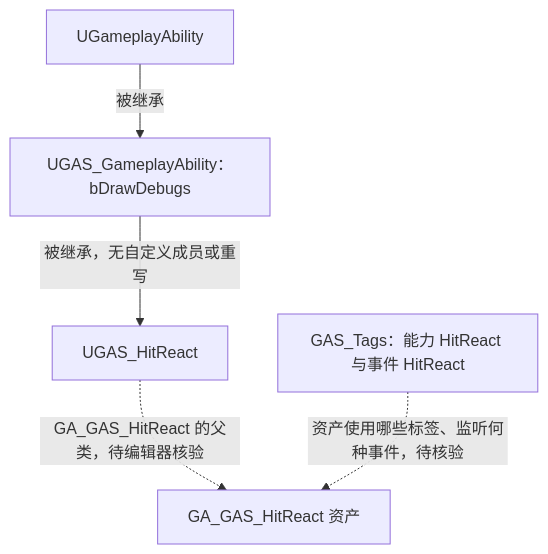
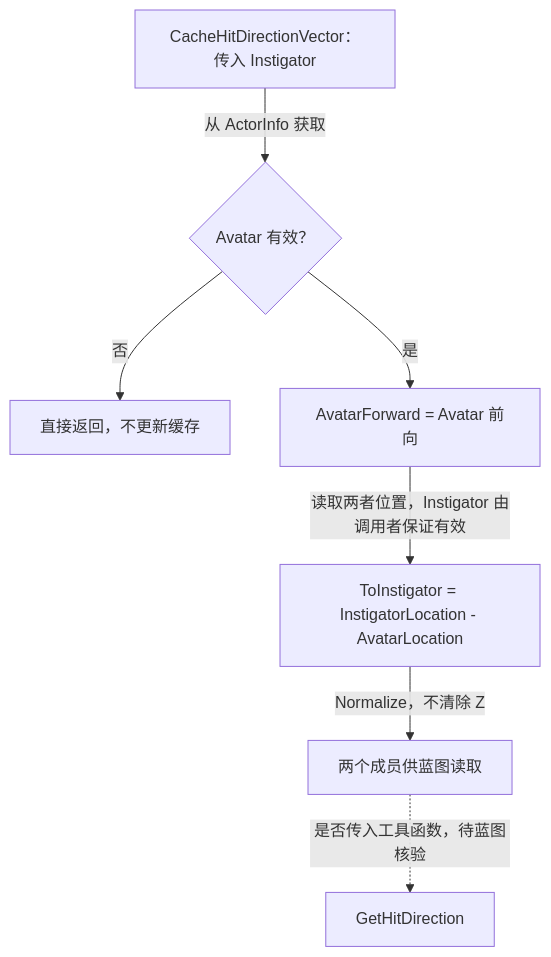
Before and after one commit to xue1ong/GAS_StudyNotes: the diagram in AbilitySystem/HitReact.md, drawn with Mermaid. The commit also changed other lines of this file and 12 other files, not shown here.

````diff
--- a/AbilitySystem/HitReact.md
+++ b/AbilitySystem/HitReact.md
@@ -23,7 +38,9 @@
 ```mermaid
 flowchart TD
-    engine["UGameplayAbility"] -->|"被继承"| base["UGAS_GameplayAbility：bDrawDebugs"]
-    base -->|"被继承，无自定义成员或重写"| hit["UGAS_HitReact"]
-    hit -.->|"GA_GAS_HitReact 的父类，待编辑器核验"| asset["GA_GAS_HitReact 资产"]
-    tags["GAS_Tags：能力 HitReact 与事件 HitReact"] -.->|"资产使用哪些标签、监听何种事件，待核验"| asset
+    entry["CacheHitDirectionVector：传入 Instigator"] -->|"从 ActorInfo 获取"| avatar{"Avatar 有效？"}
+    avatar -->|"否"| unchanged["直接返回，不更新缓存"]
+    avatar -->|"是"| forward["AvatarForward = Avatar 前向"]
+    forward -->|"读取两者位置，Instigator 由调用者保证有效"| delta["ToInstigator = InstigatorLocation - AvatarLocation"]
+    delta -->|"Normalize，不清除 Z"| cached["两个成员供蓝图读取"]
+    cached -.->|"是否传入工具函数，待蓝图核验"| direction["GetHitDirection"]
 ```
````
